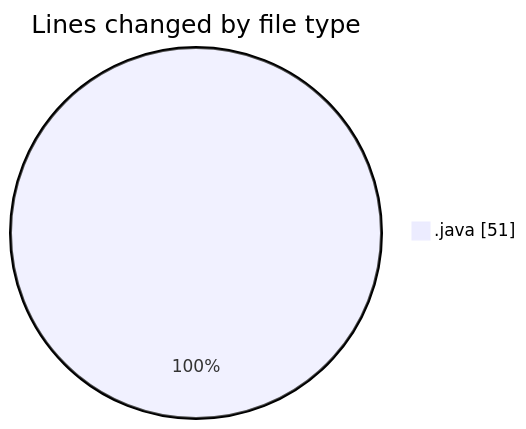
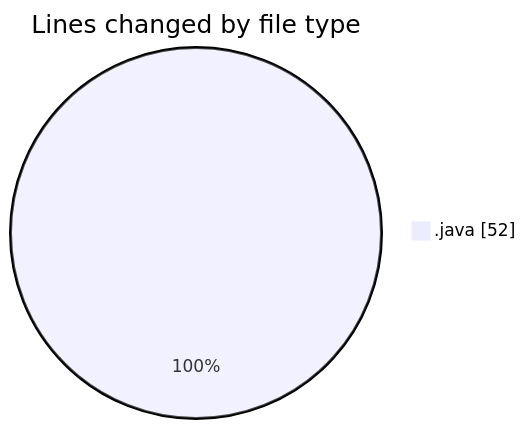
One commit to NitaiMahat/code-tracking changed the first of 2 diagrams in 2025-02-20/coding_prac_6/README.md. Above: the diagram before and after it, drawn with Mermaid. The commit also changed other lines of this file and 1 other file, not shown here.

````diff
--- a/2025-02-20/coding_prac_6/README.md
+++ b/2025-02-20/coding_prac_6/README.md
@@ -21,5 +21,5 @@
 ```mermaid
 pie showData
 title Lines changed by file type
-".java" : 51
+".java" : 52
 ```
````
